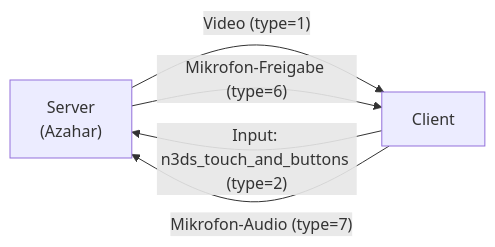
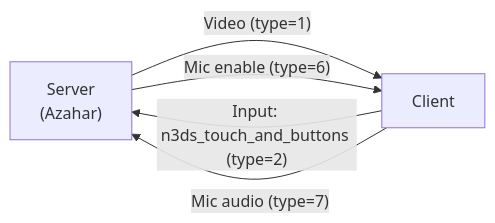
The second of 4 diagrams in docs/protocol.md (alwe2710/Unison), drawn with Mermaid before and after one commit. The commit also changed other lines of this file and 9 other files, not shown here.

````diff
--- a/docs/protocol.md
+++ b/docs/protocol.md
@@ -160,7 +145,7 @@
 ```mermaid
 flowchart LR
     S["Server<br/>(Azahar)"] -- "Video (type=1)" --> C[Client]
-    S -- "Mikrofon-Freigabe (type=6)" --> C
+    S -- "Mic enable (type=6)" --> C
     C -- "Input: n3ds_touch_and_buttons (type=2)" --> S
-    C -- "Mikrofon-Audio (type=7)" --> S
+    C -- "Mic audio (type=7)" --> S
 ```
````
